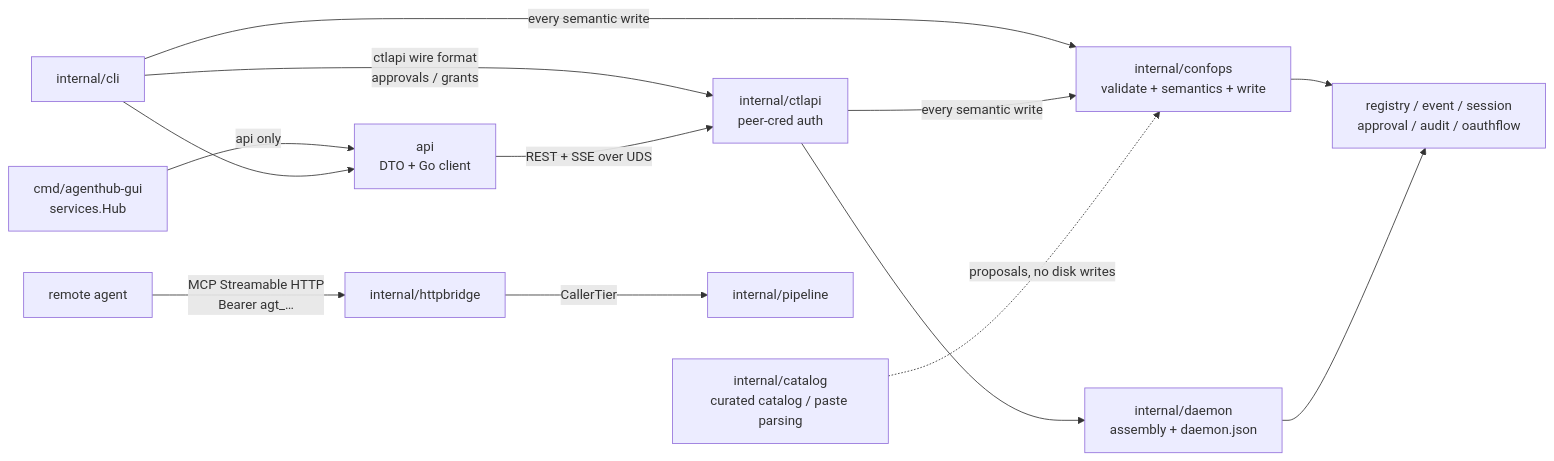
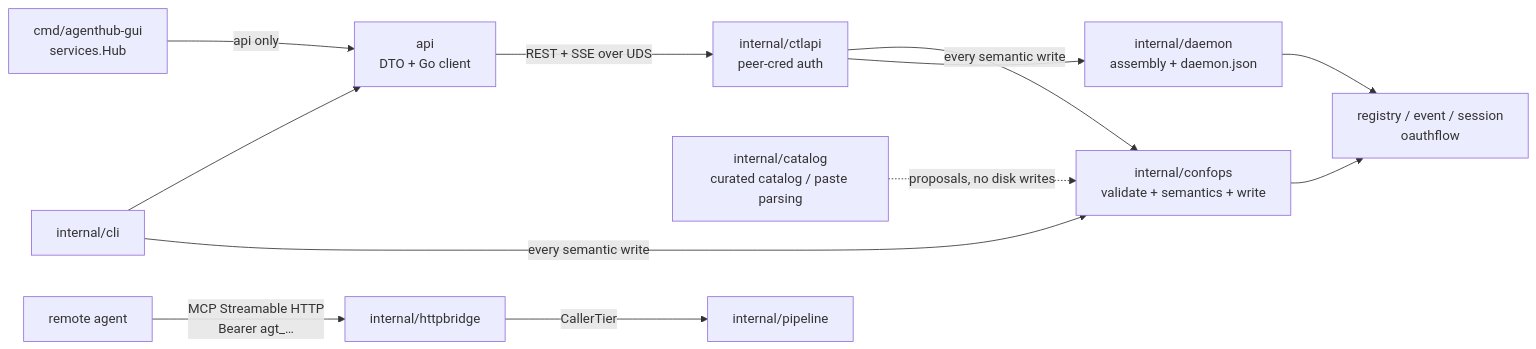
Before and after one commit to dinstein/agent-hub: the first of 2 diagrams in docs/modules/controlplane.md, drawn with Mermaid. The commit also changed other lines of this file, not shown here.

First line of the commit message:
docs(controlplane): the daemon after the coordination plane shrank

````diff
--- a/docs/modules/controlplane.md
+++ b/docs/modules/controlplane.md
@@ -28,14 +27,13 @@
 ```mermaid
 flowchart LR
     GUI["cmd/agenthub-gui<br/>services.Hub"] -->|"api only"| API["api<br/>DTO + Go client"]
     CLI["internal/cli"] --> API
-    CLI -->|"ctlapi wire format<br/>approvals / grants"| CTL
     API -->|"REST + SSE over UDS"| CTL["internal/ctlapi<br/>peer-cred auth"]
     CLI & CTL -->|"every semantic write"| OPS["internal/confops<br/>validate + semantics + write"]
     CAT["internal/catalog<br/>curated catalog / paste parsing"] -.->|"proposals, no disk writes"| OPS
     OPS --> REG
     CTL --> DAEMON["internal/daemon<br/>assembly + daemon.json"]
-    DAEMON --> REG["registry / event / session<br/>approval / audit / oauthflow"]
+    DAEMON --> REG["registry / event / session<br/>oauthflow"]
     AGENT["remote agent"] -->|"MCP Streamable HTTP<br/>Bearer agt_…"| HB["internal/httpbridge"]
     HB -->|"CallerTier"| PIPE["internal/pipeline"]
 ```
````
